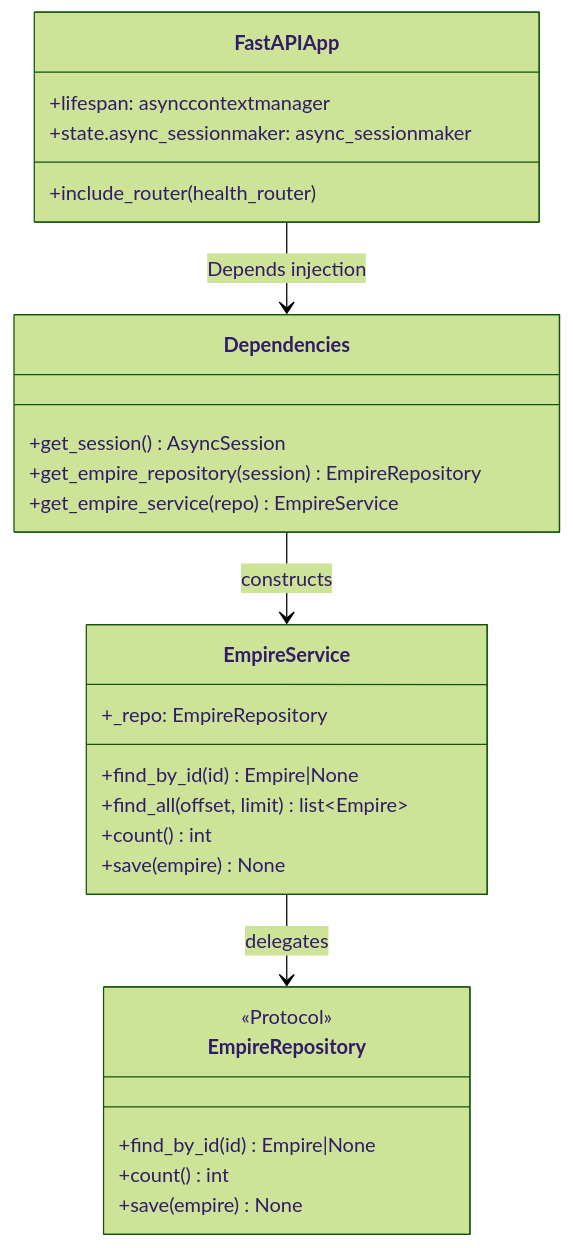
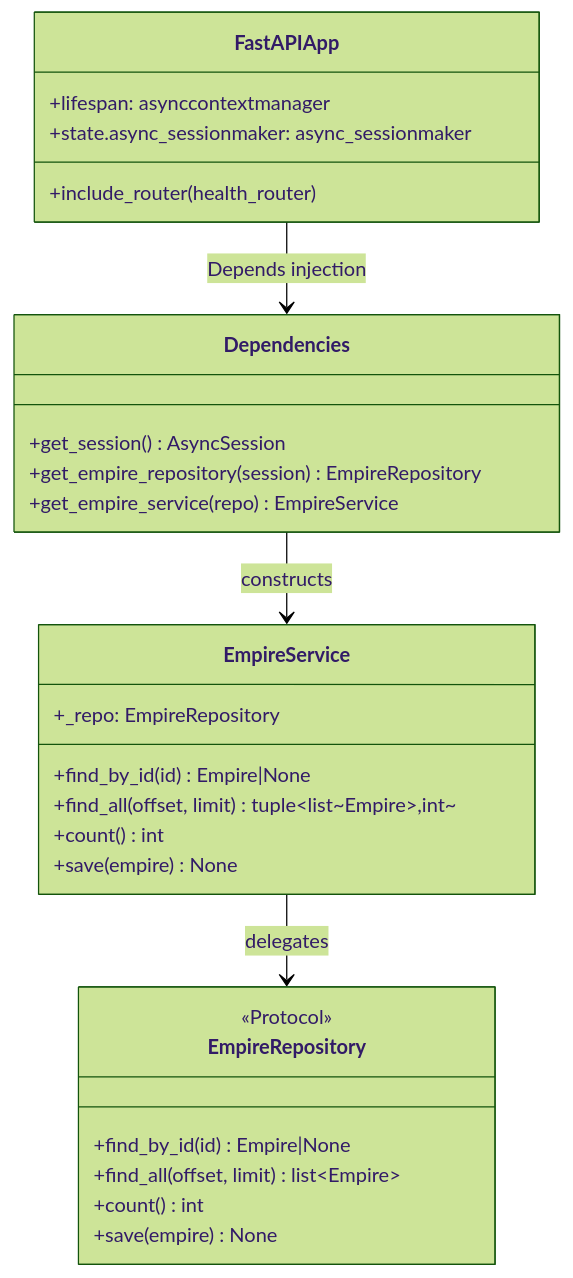
Before and after one commit to bakufu-dev/bakufu: the first of 2 diagrams in docs/features/http-api-foundation/basic-design.md, drawn with Mermaid (forest theme). The commit also changed other lines of this file and 3 other files, not shown here.

````diff
--- a/docs/features/http-api-foundation/basic-design.md
+++ b/docs/features/http-api-foundation/basic-design.md
@@ -57,29 +57,30 @@
 ```mermaid
 classDiagram
     class FastAPIApp {
         +lifespan: asynccontextmanager
         +state.async_sessionmaker: async_sessionmaker
         +include_router(health_router)
     }
     class Dependencies {
         +get_session() AsyncSession
         +get_empire_repository(session) EmpireRepository
         +get_empire_service(repo) EmpireService
     }
     class EmpireService {
         +_repo: EmpireRepository
         +find_by_id(id) Empire|None
-        +find_all(offset, limit) list~Empire~
+        +find_all(offset, limit) tuple~list~Empire~,int~
         +count() int
         +save(empire) None
     }
     class EmpireRepository {
         <<Protocol>>
         +find_by_id(id) Empire|None
+        +find_all(offset, limit) list~Empire~
         +count() int
         +save(empire) None
     }
     FastAPIApp --> Dependencies : Depends injection
     Dependencies --> EmpireService : constructs
     EmpireService --> EmpireRepository : delegates
 ```
````
